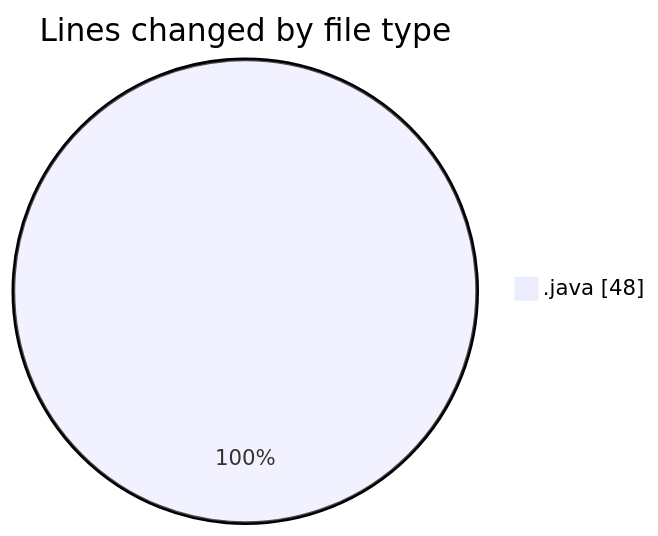
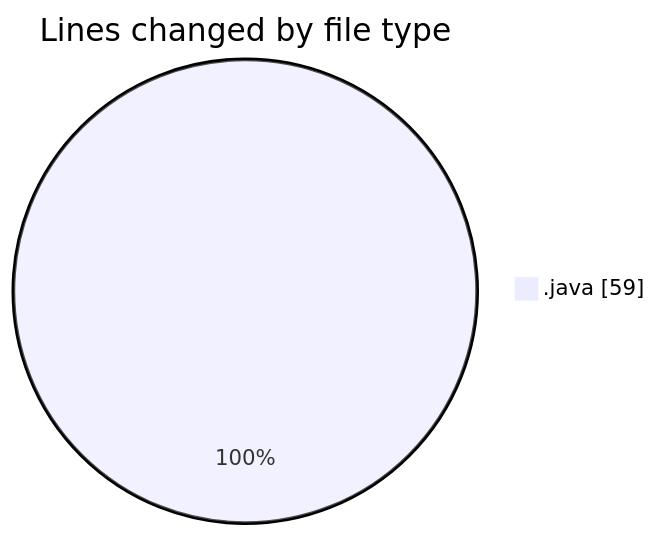
One commit to ricardozamudiocil/code-tracking changed the first of 2 diagrams in 2026-03-03/cilapp/README.md. Above: the diagram before and after it, drawn with Mermaid. The commit also changed other lines of this file and 1 other file, not shown here.

````diff
--- a/2026-03-03/cilapp/README.md
+++ b/2026-03-03/cilapp/README.md
@@ -20,5 +20,5 @@
 ```mermaid
 pie showData
 title Lines changed by file type
-".java" : 48
+".java" : 59
 ```
````
